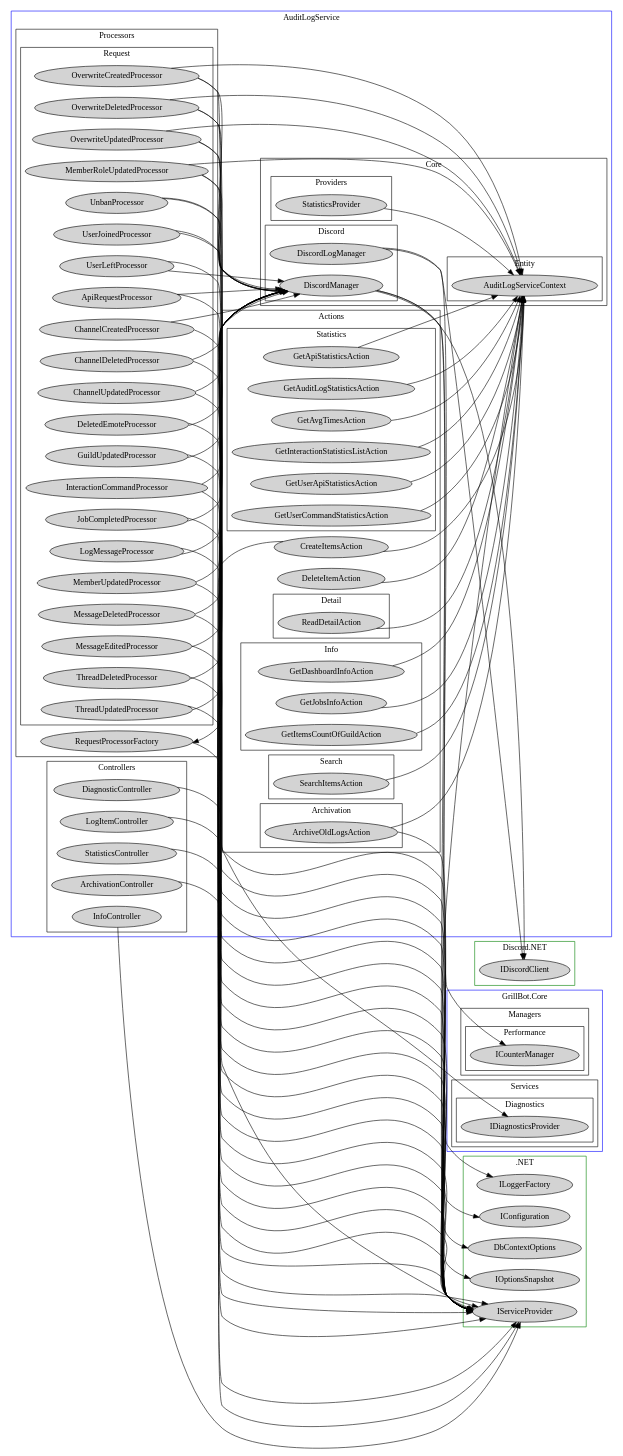
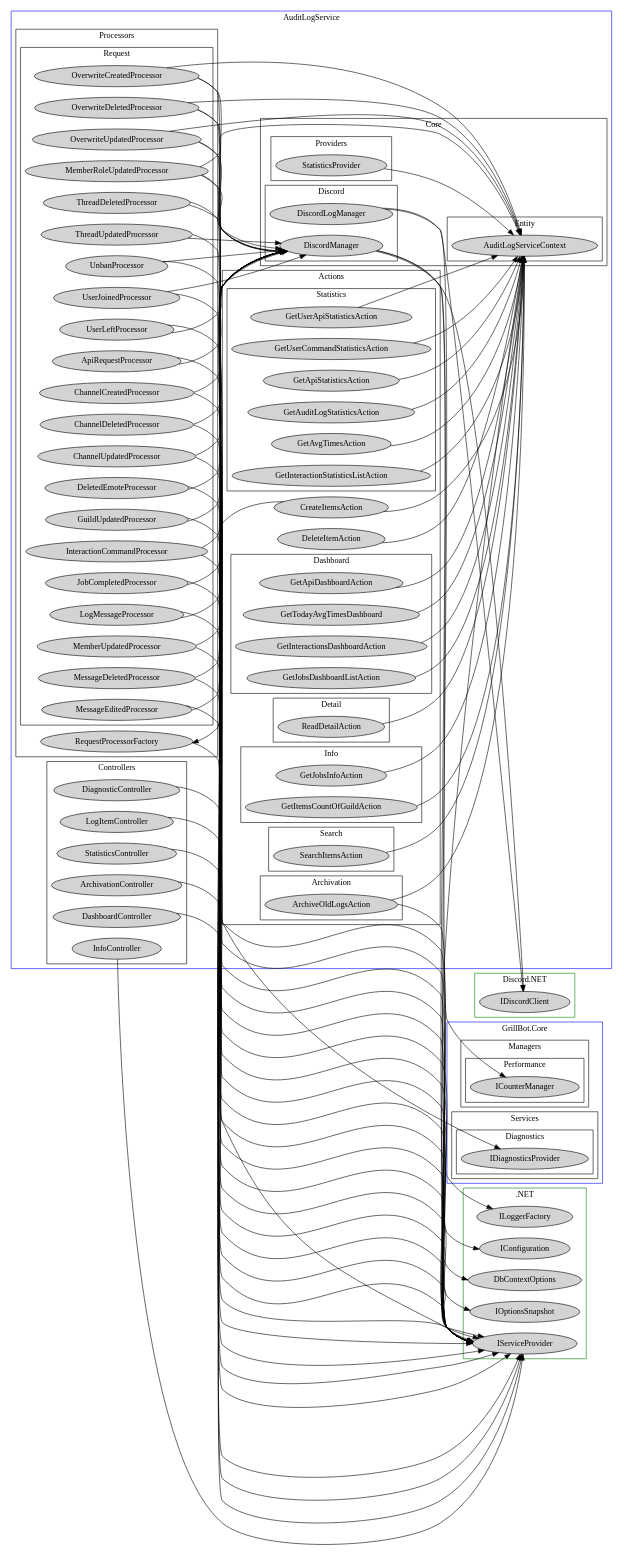
One commit to GrillBot/grillbot-docs changed the diagram in data/di-graph-audit-log.dot. Above: the diagram before and after it, drawn with Graphviz. The commit also changed 2 other files, not shown here.

Commit message:
AuditLog API update.

```diff
--- a/data/di-graph-audit-log.dot
+++ b/data/di-graph-audit-log.dot
@@ -21,23 +21,33 @@
             
             subgraph cluster_3_1_2 {
                 node [style=filled];
+                label="Dashboard";
+                color=black;
+                
+                GetApiDashboardAction
+                GetTodayAvgTimesDashboard
+                GetInteractionsDashboardAction
+                GetJobsDashboardListAction
+            }
+            
+            subgraph cluster_3_1_3 {
+                node [style=filled];
                 label="Detail";
                 color=black;
                 
                 ReadDetailAction
             }
             
-            subgraph cluster_3_1_3 {
+            subgraph cluster_3_1_4 {
                 node [style=filled];
                 label="Info";
                 color=black;
                 
-                GetDashboardInfoAction
                 GetJobsInfoAction
                 GetItemsCountOfGuildAction
             }
             
-            subgraph cluster_3_1_4 {
+            subgraph cluster_3_1_5 {
                 node [style=filled];
                 label="Search";
                 color=black;
@@ -45,7 +55,7 @@
                 SearchItemsAction
             }
             
-            subgraph cluster_3_1_5 {
+            subgraph cluster_3_1_6 {
                 node [style=filled];
                 label="Statistics";
                 color=black;
@@ -68,6 +78,7 @@
             color=black;
             
             ArchivationController
+            DashboardController
             DiagnosticController
             InfoController
             LogItemController
@@ -198,7 +209,6 @@
 	
     ArchiveOldLogsAction -> { IOptionsSnapshot AuditLogServiceContext }
     ReadDetailAction -> { AuditLogServiceContext }
-    GetDashboardInfoAction -> { AuditLogServiceContext }
     GetJobsInfoAction -> { AuditLogServiceContext }
     SearchItemsAction -> { AuditLogServiceContext }
     GetApiStatisticsAction -> { AuditLogServiceContext }
@@ -222,4 +232,9 @@
     { MemberRoleUpdatedProcessor OverwriteCreatedProcessor OverwriteDeletedProcessor OverwriteUpdatedProcessor } -> { IServiceProvider AuditLogServiceContext DiscordManager }
     RequestProcessorFactory -> { IServiceProvider }
     GetItemsCountOfGuildAction -> { AuditLogServiceContext }
+    GetApiDashboardAction -> { AuditLogServiceContext }
+    GetTodayAvgTimesDashboard -> { AuditLogServiceContext }
+    GetInteractionsDashboardAction -> { AuditLogServiceContext }
+    GetJobsDashboardListAction -> { AuditLogServiceContext }
+    DashboardController -> { IServiceProvider }
 }
```
